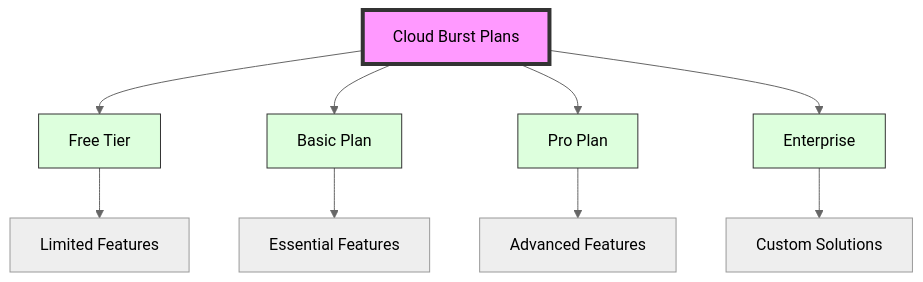
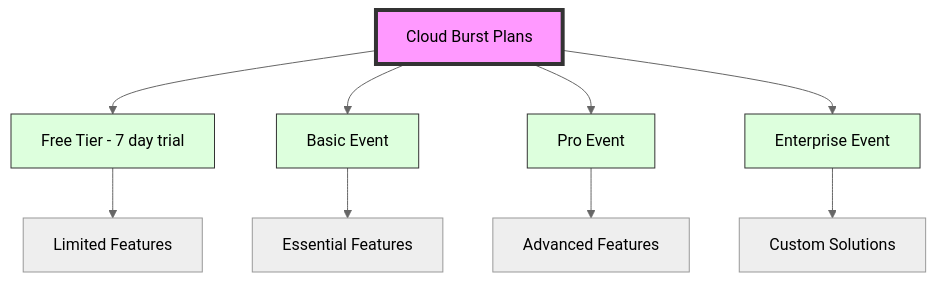
The diagram in docs/planning/payment_subscription_design_document.md (mrj0nesmtl/cloud-burst), drawn with Mermaid (neutral theme) before and after one commit. The commit also changed other lines of this file and 64 other files, not shown here.

````diff
--- a/docs/planning/payment_subscription_design_document.md
+++ b/docs/planning/payment_subscription_design_document.md
@@ -20,18 +20,18 @@
 ```mermaid
 graph TD
-    A[Cloud Burst Plans] --> B[Free Tier]
-    A --> C[Basic Plan]
-    A --> D[Pro Plan]
-    A --> E[Enterprise]
+    A[Cloud Burst Plans] --> B[Free Tier - 7 day trial]
+    A --> C[Basic Event]
+    A --> D[Pro Event]
+    A --> E[Enterprise Event]
     
     B --> F[Limited Features]
     C --> G[Essential Features]
     D --> H[Advanced Features]
     E --> I[Custom Solutions]
     
     style A fill:#f9f,stroke:#333,stroke-width:4px
     style B fill:#dfd,stroke:#333
     style C fill:#dfd,stroke:#333
     style D fill:#dfd,stroke:#333
     style E fill:#dfd,stroke:#333
 ```
````
